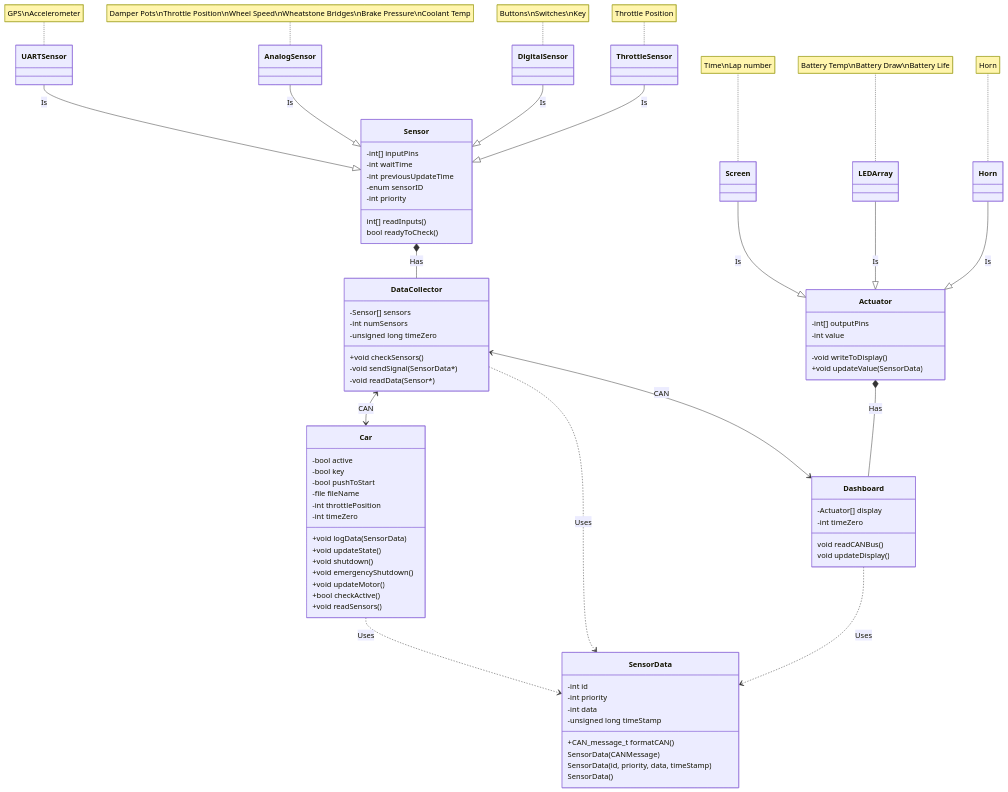
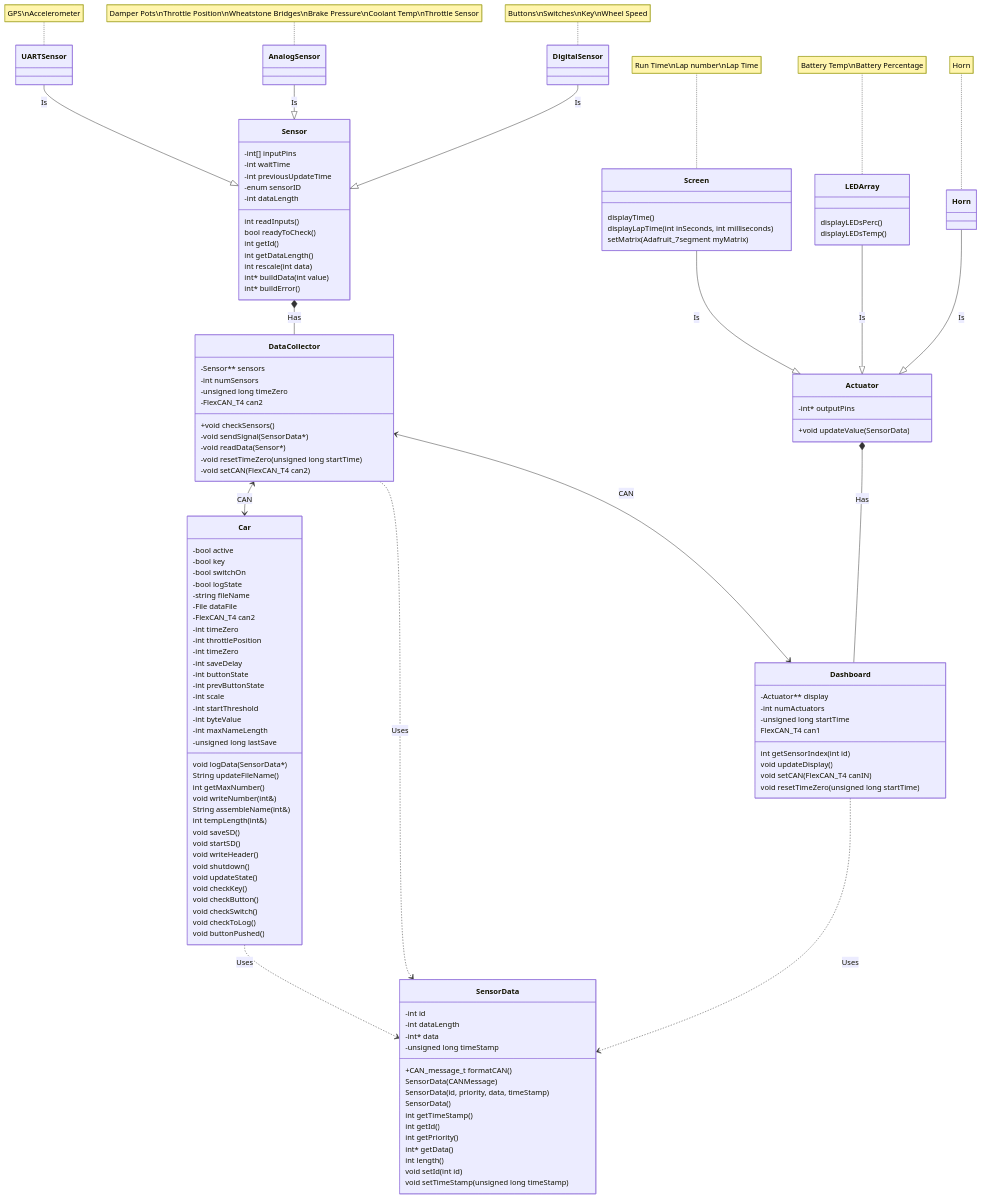
Before and after one commit to BYU-Racing/car_software: the diagram in VehicleCode/CarUML_v1.0.md, drawn with Mermaid. The commit also changed other lines of this file, not shown here.

Commit message:
UML Diagram Updates

```diff
--- a/VehicleCode/CarUML_v1.0.md
+++ b/VehicleCode/CarUML_v1.0.md
@@ -11,69 +11,113 @@
     Sensor : -int[] inputPins
     Sensor : -int waitTime
     Sensor : -int previousUpdateTime
-    Sensor : -enum sensorID 
-    Sensor : -int priority
-    Sensor : int[] readInputs()
+    Sensor : -enum sensorID
+    Sensor : -int dataLength
+    Sensor : int readInputs()
     Sensor : bool readyToCheck()
+    Sensor : int getId()
+    Sensor : int getDataLength()
+    Sensor : int rescale(int data)
+    Sensor : int* buildData(int value)
+    Sensor : int* buildError()
+
+
     UARTSensor --|> Sensor : Is
     note for UARTSensor "GPS\nAccelerometer"
     AnalogSensor --|> Sensor : Is
-    note for AnalogSensor "Damper Pots\nThrottle Position\nWheel Speed\nWheatstone Bridges\nBrake Pressure\nCoolant Temp"
+    note for AnalogSensor "Damper Pots\nThrottle Position\nWheatstone Bridges\nBrake Pressure\nCoolant Temp\nThrottle Sensor"
     DigitalSensor --|> Sensor : Is
-    note for DigitalSensor "Buttons\nSwitches\nKey"
-    ThrottleSensor --|> Sensor : Is
-    note for ThrottleSensor "Throttle Position"
+    note for DigitalSensor "Buttons\nSwitches\nKey\nWheel Speed"
 
     class Actuator
-    Actuator : -int[] outputPins
-    Actuator : -int value
-    Actuator : -void writeToDisplay()
+    Actuator : -int* outputPins
     Actuator : +void updateValue(SensorData)
     Screen --|> Actuator : Is
-    note for Screen "Time\nLap number"
+    Screen : displayTime()
+    Screen : displayLapTime(int inSeconds, int milliseconds)
+    Screen : setMatrix(Adafruit_7segment myMatrix)
+    note for Screen "Run Time\nLap number\nLap Time"
     LEDArray --|> Actuator : Is
-    note for LEDArray "Battery Temp\nBattery Draw\nBattery Life"
+    LEDArray : displayLEDsPerc()
+    LEDArray : displayLEDsTemp()
+    note for LEDArray "Battery Temp\nBattery Percentage"
     Horn --|> Actuator : Is
     note for Horn "Horn"
 
     class SensorData
     SensorData : -int id
-    SensorData : -int priority
-    SensorData : -int data
+    SensorData : -int dataLength
+    SensorData : -int* data
     SensorData : -unsigned long timeStamp
     SensorData : +CAN_message_t formatCAN()
     SensorData : SensorData(CANMessage)
     SensorData : SensorData(id, priority, data, timeStamp)
     SensorData : SensorData()
+    SensorData : int getTimeStamp()
+    SensorData : int getId()
+    SensorData : int getPriority()
+    SensorData : int* getData()
+    SensorData : int length()
+    SensorData : void setId(int id)
+    SensorData : void setTimeStamp(unsigned long timeStamp)
 
     class Dashboard
-    Dashboard : -Actuator[] display
-    Dashboard : -int timeZero
-    Dashboard : void readCANBus()
+    Dashboard : -Actuator** display
+    Dashboard : -int numActuators
+    Dashboard : -unsigned long startTime
+    Dashboard : FlexCAN_T4 can1
+    Dashboard : int getSensorIndex(int id)
     Dashboard : void updateDisplay()
+    Dashboard : void setCAN(FlexCAN_T4 canIN)
+    Dashboard : void resetTimeZero(unsigned long startTime)
+
 
     class DataCollector
-    DataCollector : -Sensor[] sensors
+    DataCollector : -Sensor** sensors
     DataCollector : -int numSensors
     DataCollector : -unsigned long timeZero
+    DataCollector : -FlexCAN_T4 can2
     DataCollector : +void checkSensors()
     DataCollector : -void sendSignal(SensorData*)
     DataCollector : -void readData(Sensor*)
+    DataCollector : -void resetTimeZero(unsigned long startTime)
+    DataCollector : -void setCAN(FlexCAN_T4 can2)
 
     class Car
     Car : -bool active
     Car : -bool key
-    Car : -bool pushToStart
-    Car : -file fileName
+    Car : -bool switchOn
+    Car : -bool logState
+    Car : -string fileName
+    Car : -File dataFile
+    Car : -FlexCAN_T4 can2
+    Car : -int timeZero
     Car : -int throttlePosition
     Car : -int timeZero
-    Car : +void logData(SensorData)
-    Car : +void updateState()
-    Car : +void shutdown()
-    Car : +void emergencyShutdown()
-    Car : +void updateMotor()
-    Car : +bool checkActive()
-    Car : +void readSensors()
+    Car : -int saveDelay
+    Car : -int buttonState
+    Car : -int prevButtonState
+    Car : -int scale
+    Car : -int startThreshold
+    Car : -int byteValue
+    Car : -int maxNameLength
+    Car : -unsigned long lastSave
+    Car : void logData(SensorData*)
+    Car : String updateFileName()
+    Car : int getMaxNumber()
+    Car : void writeNumber(int&)
+    Car : String assembleName(int&)
+    Car : int tempLength(int&)
+    Car : void saveSD()
+    Car : void startSD()
+    Car : void writeHeader()
+    Car : void shutdown()
+    Car : void updateState()
+    Car : void checkKey()
+    Car : void checkButton()
+    Car : void checkSwitch()
+    Car : void checkToLog()
+    Car : void buttonPushed()
 
     DataCollector <--> Car : CAN
     DataCollector <--> Dashboard : CAN
```
